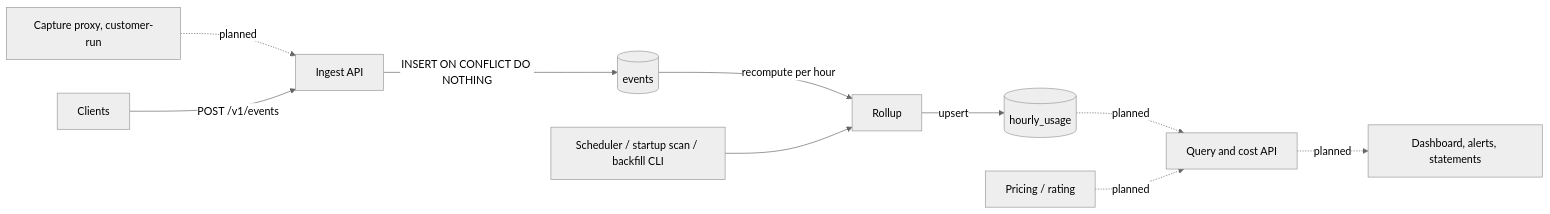
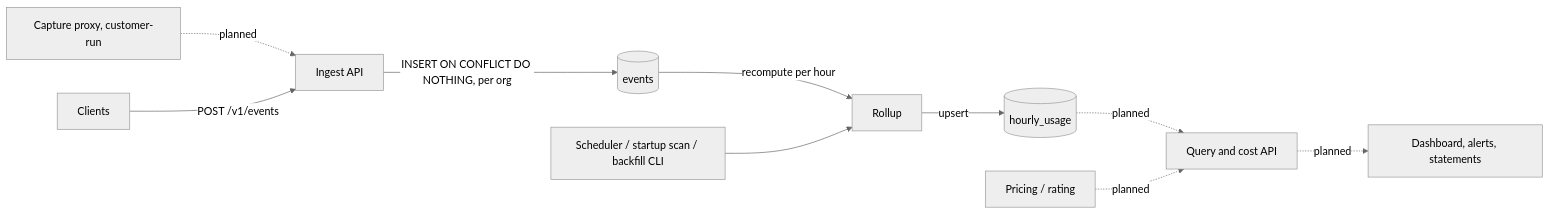
One commit to CheeseBurger7/llm-usage-meter changed the diagram in README.md. Above: the diagram before and after it, drawn with Mermaid (neutral theme). The commit also changed other lines of this file and 3 other files, not shown here.

Commit message:
docs: org-scoped events

````diff
--- a/README.md
+++ b/README.md
@@ -76,12 +76,12 @@
 ```mermaid
 flowchart LR
     X[Capture proxy, customer-run] -.->|planned| I
     C[Clients] -->|POST /v1/events| I[Ingest API]
-    I -->|INSERT ON CONFLICT DO NOTHING| E[(events)]
+    I -->|INSERT ON CONFLICT DO NOTHING, per org| E[(events)]
     E -->|recompute per hour| R[Rollup]
     S[Scheduler / startup scan / backfill CLI] --> R
     R -->|upsert| H[(hourly_usage)]
     H -.->|planned| Q[Query and cost API]
     P[Pricing / rating] -.->|planned| Q
     Q -.->|planned| D[Dashboard, alerts, statements]
 ```
````
